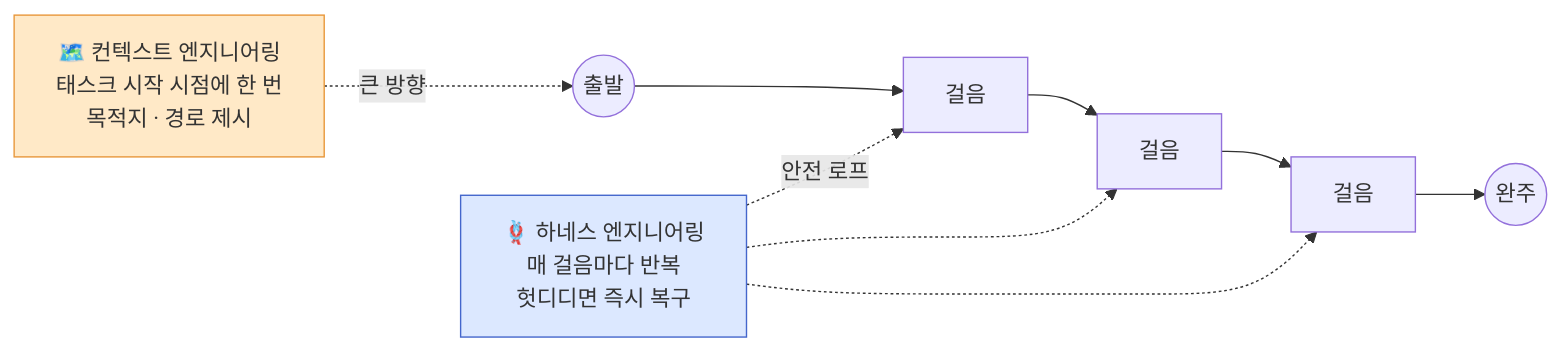
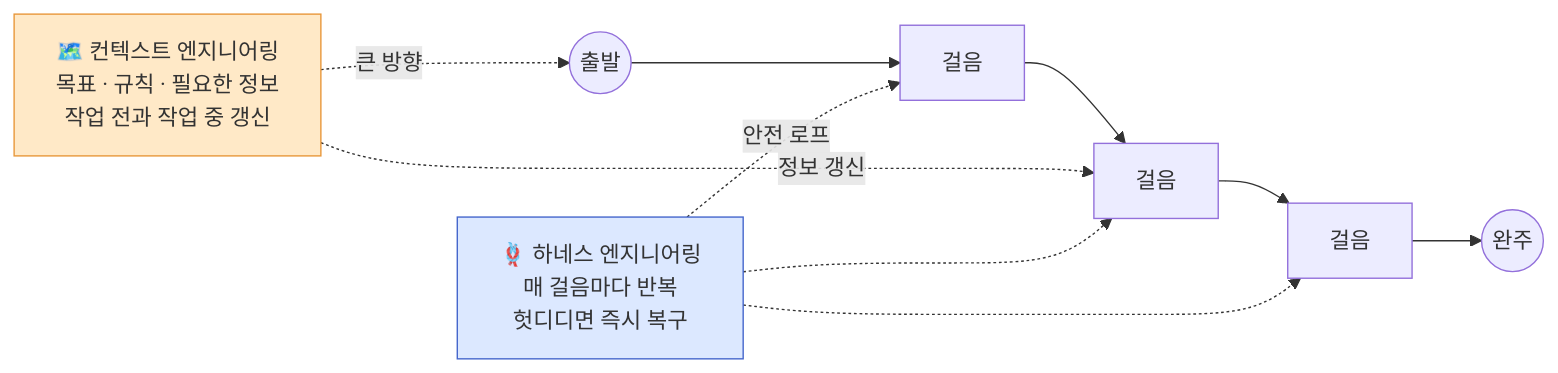
Before and after one commit to haandol/haandol.github.com: the third of 9 diagrams in _posts/2026-03-15-harness-engineering-beyond-context-engineering.md, drawn with Mermaid. The commit also changed other lines of this file and 15 other files, not shown here.

````diff
--- a/_posts/2026-03-15-harness-engineering-beyond-context-engineering.md
+++ b/_posts/2026-03-15-harness-engineering-beyond-context-engineering.md
@@ -147,14 +143,15 @@
 ```mermaid
 flowchart LR
-    CTX["🗺️ 컨텍스트 엔지니어링<br/>태스크 시작 시점에 한 번<br/>목적지 · 경로 제시"]
+    CTX["🗺️ 컨텍스트 엔지니어링<br/>목표 · 규칙 · 필요한 정보<br/>작업 전과 작업 중 갱신"]
     CTX -.큰 방향.-> START(("출발"))
     START --> S1["걸음"] --> S2["걸음"] --> S3["걸음"] --> GOAL(("완주"))
+    CTX -.정보 갱신.-> S2
     ROPE["🪢 하네스 엔지니어링<br/>매 걸음마다 반복<br/>헛디디면 즉시 복구"]
     ROPE -.안전 로프.-> S1
     ROPE -.-> S2
     ROPE -.-> S3
     classDef ctx fill:#ffe9c7,stroke:#e8973a;
     classDef harness fill:#dce8ff,stroke:#46c;
     class CTX ctx;
     class ROPE harness;
 ```
````
